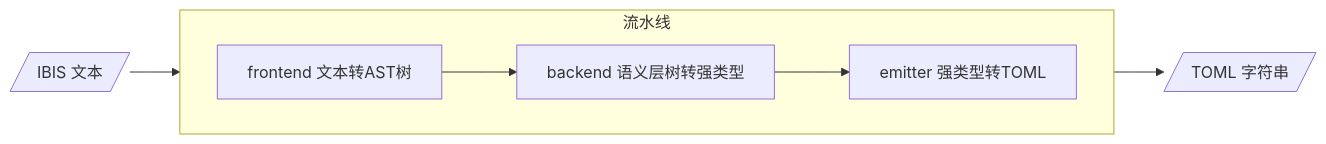
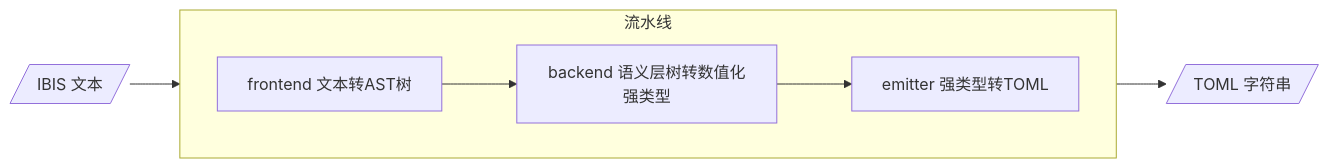
Before and after one commit to ykjoe/IBIS_Parser: the first of 6 diagrams in plans/ibis2ibstoml_architecture.md, drawn with Mermaid. The commit also changed other lines of this file and 36 other files, not shown here.

````diff
--- a/plans/ibis2ibstoml_architecture.md
+++ b/plans/ibis2ibstoml_architecture.md
@@ -61,10 +68,10 @@
 ```mermaid
 flowchart LR
     subgraph 流水线
         direction LR
-        F[frontend 文本转AST树] --> B[backend 语义层树转强类型]
+        F[frontend 文本转AST树] --> B[backend 语义层树转数值化强类型]
         B --> E[emitter 强类型转TOML]
     end
     TEXT[/IBIS 文本/] --> F
     E --> TOML[/TOML 字符串/]
 ```
````
